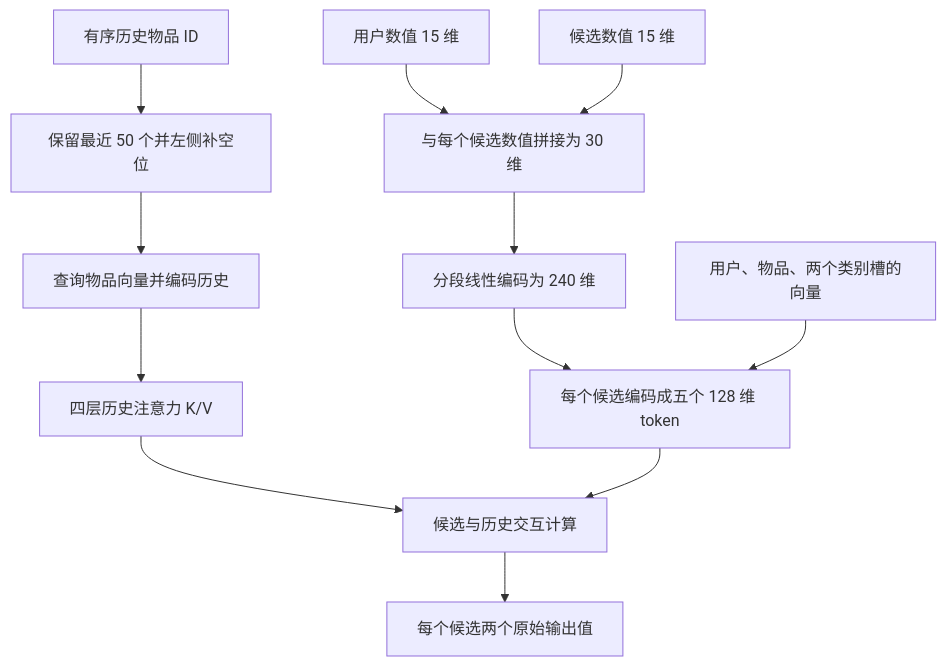
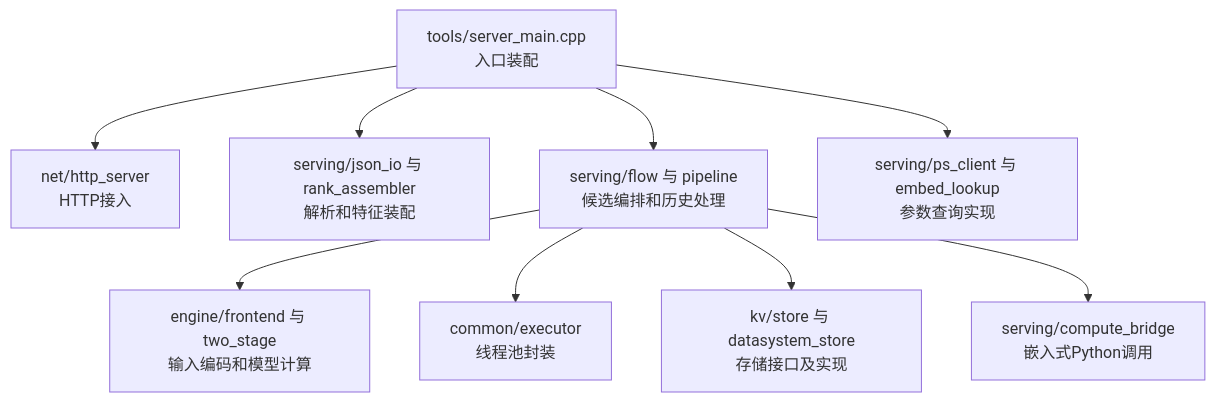
The diagram in diagrams/02_onetrans_02.mmd (bitianyuan123/docs), drawn with Mermaid before and after one commit. The commit also changed 141 other files, not shown here.

```diff
--- a/diagrams/02_onetrans_02.mmd
+++ b/diagrams/02_onetrans_02.mmd
@@ -1,12 +1,9 @@
 flowchart TD
-    H[有序历史物品 ID] --> HE[保留最近 50 个并左侧补空位]
-    HE --> HV[查询物品向量并编码历史]
-    HV --> HK[四层历史注意力 K/V]
-    U[用户数值 15 维] --> N[与每个候选数值拼接为 30 维]
-    I[候选数值 15 维] --> N
-    N --> P[分段线性编码为 240 维]
-    P --> T[每个候选编码成五个 128 维 token]
-    E[用户、物品、两个类别槽的向量] --> T
-    HK --> C[候选与历史交互计算]
-    T --> C
-    C --> O[每个候选两个原始输出值]
+    A[tools/server_main.cpp<br/>入口装配] --> B[net/http_server<br/>HTTP接入]
+    A --> C[serving/json_io 与 rank_assembler<br/>解析和特征装配]
+    A --> D[serving/flow 与 pipeline<br/>候选编排和历史处理]
+    D --> E[engine/frontend 与 two_stage<br/>输入编码和模型计算]
+    D --> F[common/executor<br/>线程池封装]
+    D --> G[kv/store 与 datasystem_store<br/>存储接口及实现]
+    D --> H[serving/compute_bridge<br/>嵌入式Python调用]
+    A --> I[serving/ps_client 与 embed_lookup<br/>参数查询实现]
```
